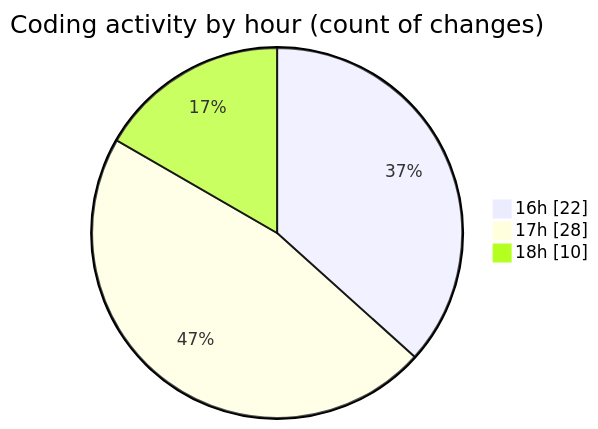
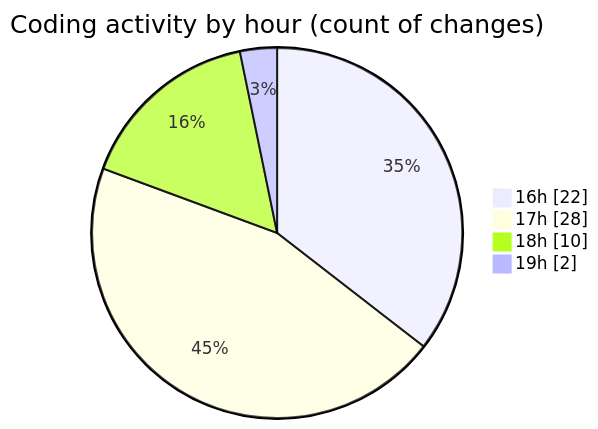
The second of 2 diagrams in 2026-02-17/bot_v1_2/README.md (becaeroporto-bot/code-tracking), drawn with Mermaid before and after one commit. The commit also changed other lines of this file and 1 other file, not shown here.

````diff
--- a/2026-02-17/bot_v1_2/README.md
+++ b/2026-02-17/bot_v1_2/README.md
@@ -49,7 +52,8 @@
 ```mermaid
 pie showData
 title Coding activity by hour (count of changes)
 "16h" : 22
 "17h" : 28
 "18h" : 10
+"19h" : 2
 ```
````
